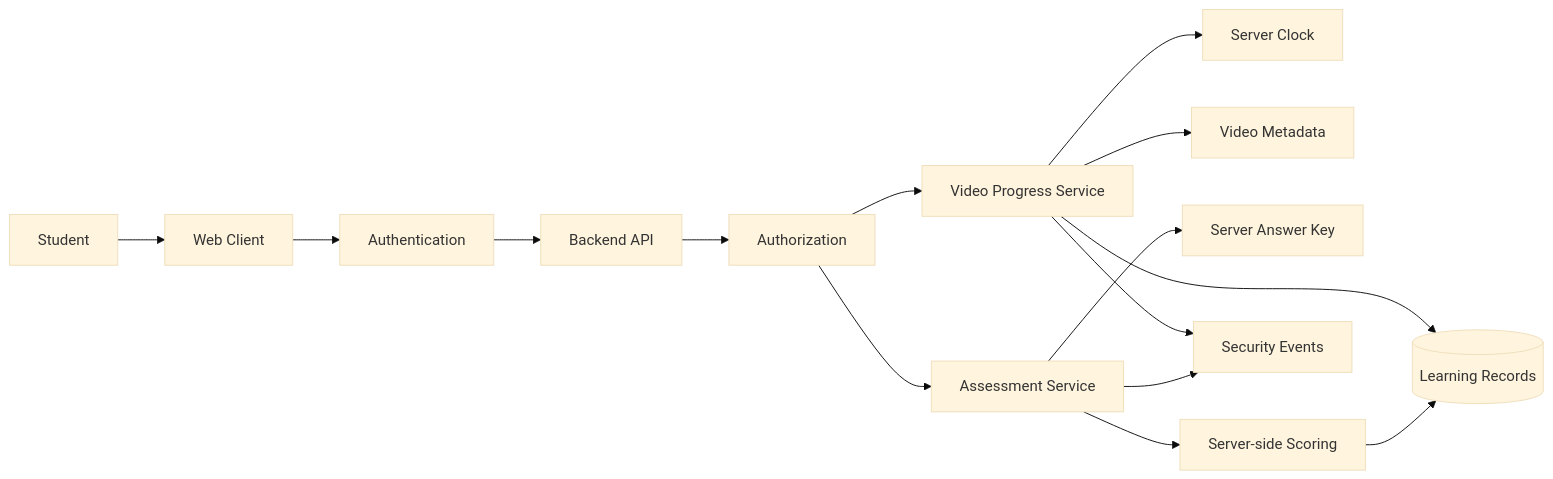
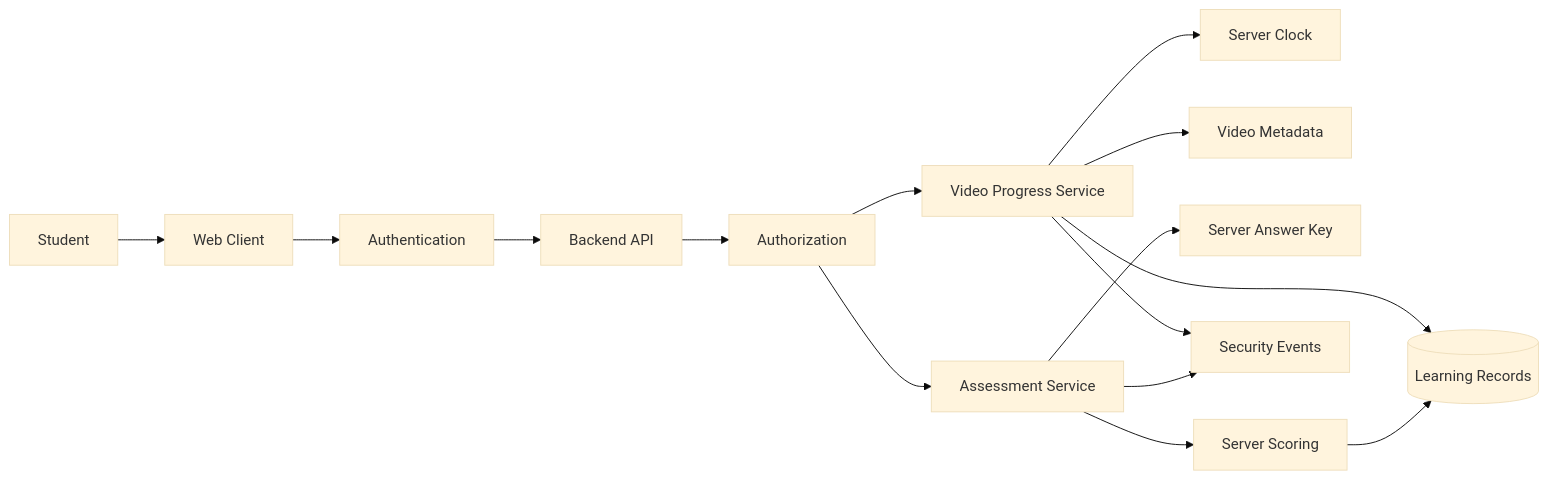
The fourth of 4 diagrams in README.md (ntdotjsx/ovec-bypass), drawn with Mermaid (base theme) before and after one commit. The commit also changed other lines of this file, not shown here.

````diff
--- a/README.md
+++ b/README.md
@@ -998,32 +677,32 @@
 ```mermaid
 flowchart LR
 
-    STUDENT[Student]
+    USER[Student]
     --> CLIENT[Web Client]
 
     CLIENT --> AUTH[Authentication]
 
     AUTH --> API[Backend API]
 
     API --> AUTHZ[Authorization]
 
     AUTHZ --> VIDEO[Video Progress Service]
 
     AUTHZ --> EXAM[Assessment Service]
 
     VIDEO --> CLOCK[Server Clock]
 
     VIDEO --> META[Video Metadata]
 
-    VIDEO --> DB[(Learning Records)]
-
     EXAM --> KEY[Server Answer Key]
 
-    EXAM --> SCORE[Server-side Scoring]
+    EXAM --> SCORE[Server Scoring]
+
+    VIDEO --> DB[(Learning Records)]
 
     SCORE --> DB
 
     VIDEO --> LOG[Security Events]
 
     EXAM --> LOG
 ```
````
